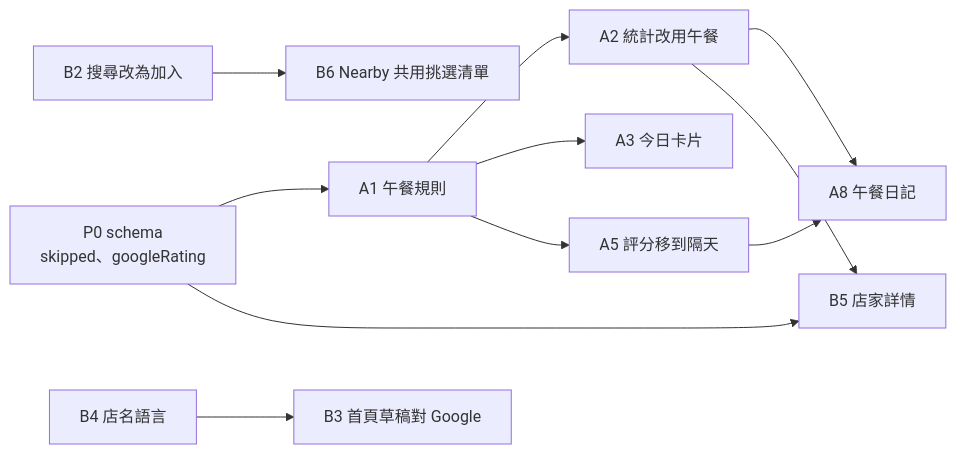
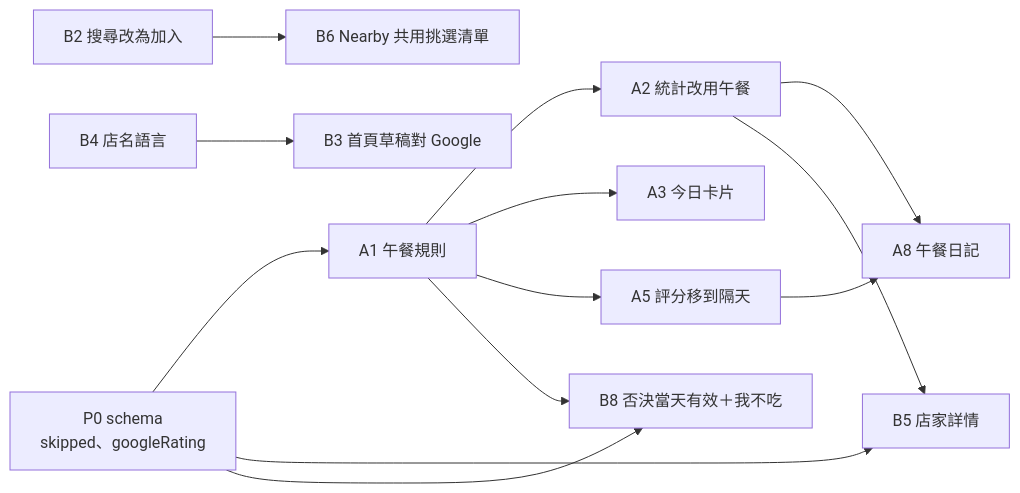
The diagram in docs/plans/2026-09-24-walkthrough-plan.md (Piwison/lunch-spin), drawn with Mermaid before and after one commit. The commit also changed other lines of this file and 1 other file, not shown here.

````diff
--- a/docs/plans/2026-09-24-walkthrough-plan.md
+++ b/docs/plans/2026-09-24-walkthrough-plan.md
@@ -113,13 +117,15 @@
 ```mermaid
 flowchart LR
   P0["P0 schema<br/>skipped、googleRating"] --> A1["A1 午餐規則"]
   P0 --> B5["B5 店家詳情"]
   A1 --> A2["A2 統計改用午餐"]
   A1 --> A3["A3 今日卡片"]
   A1 --> A5["A5 評分移到隔天"]
   A2 --> A8["A8 午餐日記"]
   A5 --> A8
   A2 --> B5
   B2["B2 搜尋改為加入"] --> B6["B6 Nearby 共用挑選清單"]
   B4["B4 店名語言"] --> B3["B3 首頁草稿對 Google"]
+  P0 --> B8["B8 否決當天有效＋我不吃"]
+  A1 --> B8
 ```
````
